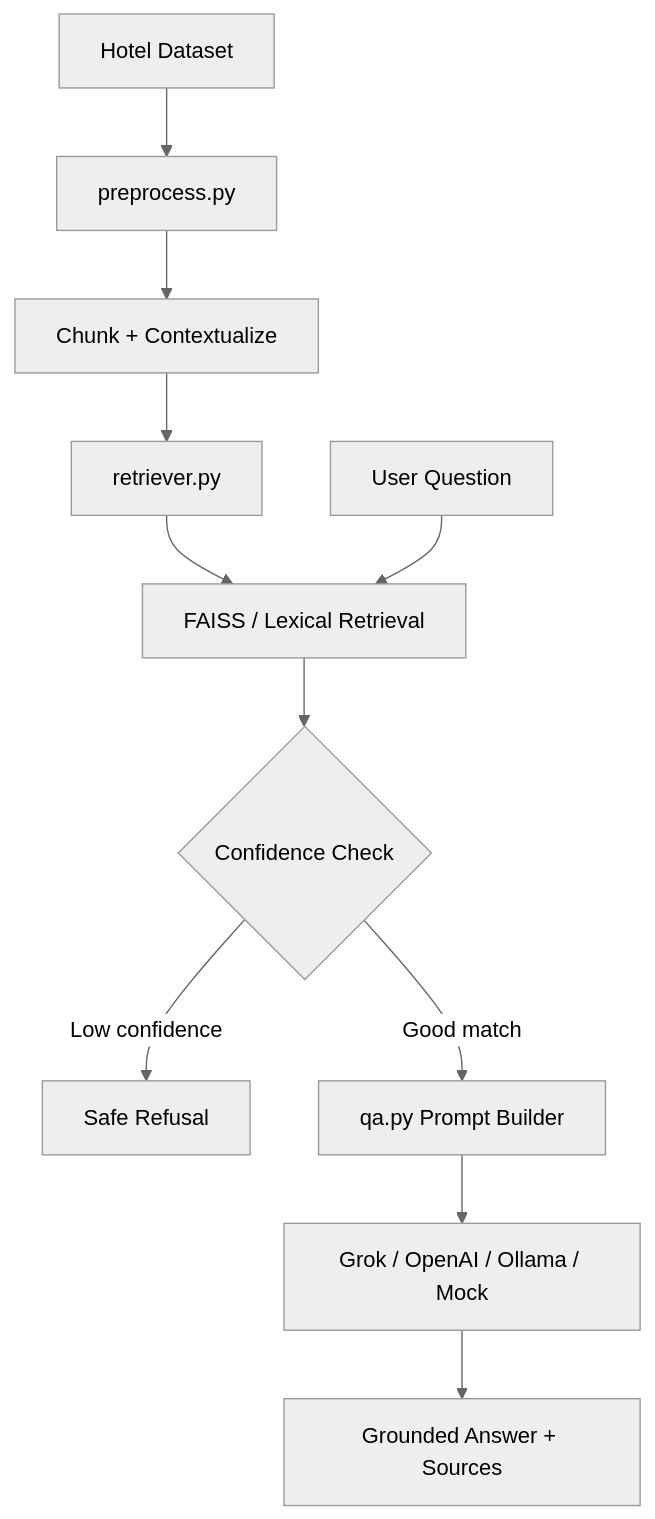
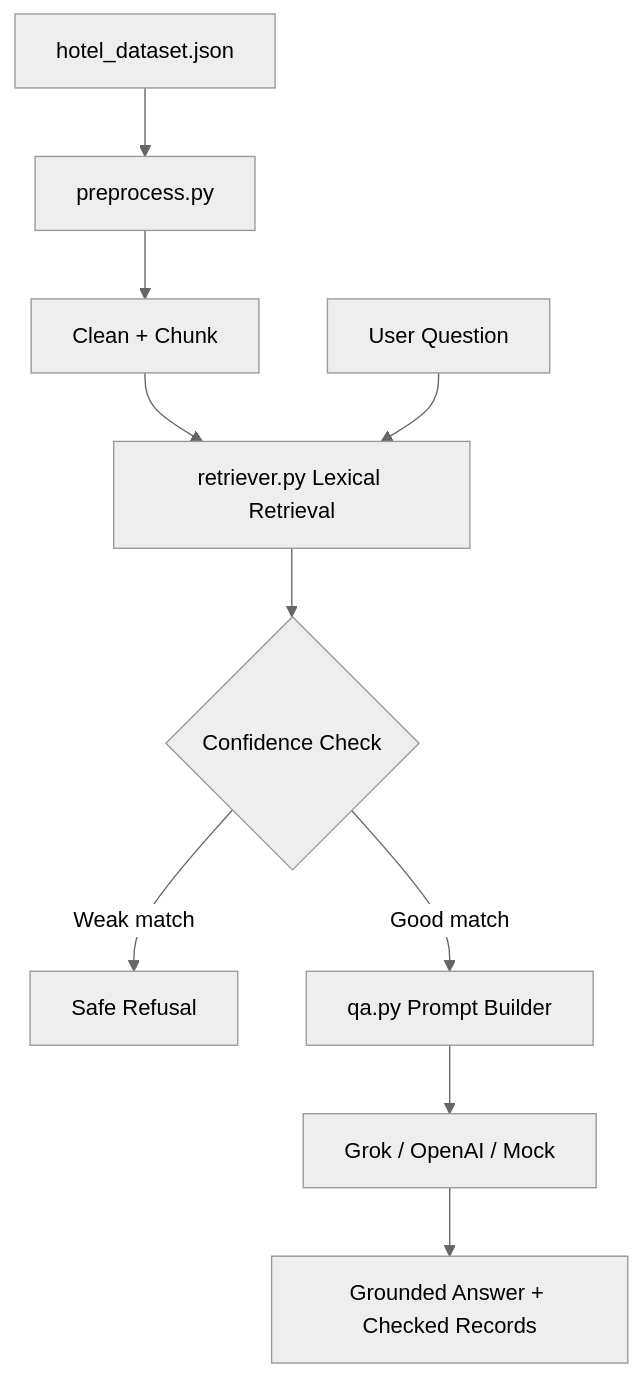
Before and after one commit to HARMAN-SINGH0001/Rag_based: the diagram in README.md, drawn with Mermaid (neutral theme). The commit also changed other lines of this file and 16 other files, not shown here.

````diff
--- a/README.md
+++ b/README.md
@@ -26,13 +26,12 @@
 ```mermaid
 graph TD
-    A[Hotel Dataset] --> B[preprocess.py]
-    B --> C[Chunk + Contextualize]
-    C --> D[retriever.py]
-    D --> E[FAISS / Lexical Retrieval]
-    F[User Question] --> E
-    E --> G{Confidence Check}
-    G -- Low confidence --> H[Safe Refusal]
-    G -- Good match --> I[qa.py Prompt Builder]
-    I --> J[Grok / OpenAI / Ollama / Mock]
-    J --> K[Grounded Answer + Sources]
+    A[hotel_dataset.json] --> B[preprocess.py]
+    B --> C[Clean + Chunk]
+    C --> D[retriever.py Lexical Retrieval]
+    E[User Question] --> D
+    D --> F{Confidence Check}
+    F -- Weak match --> G[Safe Refusal]
+    F -- Good match --> H[qa.py Prompt Builder]
+    H --> I[Grok / OpenAI / Mock]
+    I --> J[Grounded Answer + Checked Records]
 ```
````
